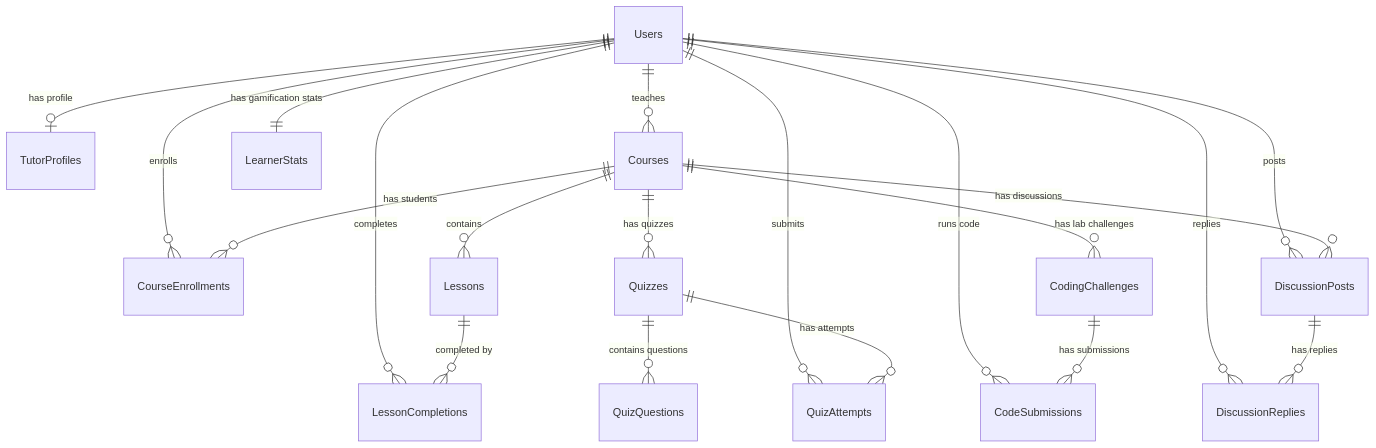
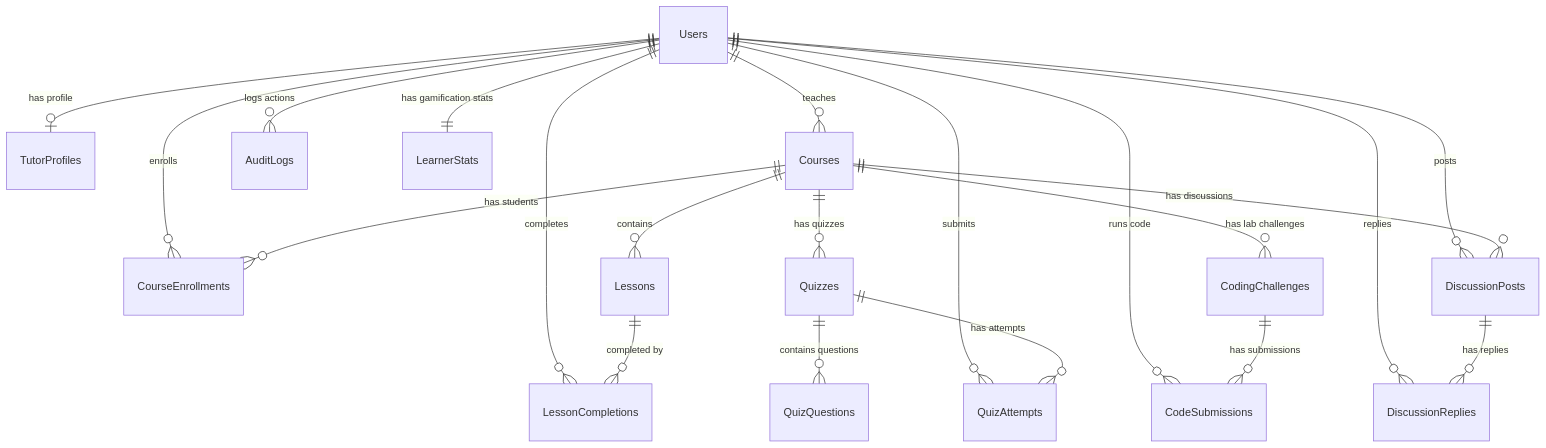
Before and after one commit to Elivius/CodeLab: the diagram in DATABASE_SCHEMA.md, drawn with Mermaid. The commit also changed other lines of this file and 1 other file, not shown here.

Commit message:
docs: update CONTRIBUTING & add DATABASE_SCHEMA

````diff
--- a/DATABASE_SCHEMA.md
+++ b/DATABASE_SCHEMA.md
@@ -27,24 +27,25 @@
 ```mermaid
 erDiagram
     Users ||--o| TutorProfiles : "has profile"
     Users ||--o{ Courses : "teaches"
     Users ||--o{ CourseEnrollments : "enrolls"
     Users ||--o{ LessonCompletions : "completes"
     Users ||--o{ QuizAttempts : "submits"
     Users ||--o{ CodeSubmissions : "runs code"
     Users ||--o{ DiscussionPosts : "posts"
     Users ||--o{ DiscussionReplies : "replies"
+    Users ||--o{ AuditLogs : "logs actions"
     Users ||--|| LearnerStats : "has gamification stats"
 
     Courses ||--o{ Lessons : "contains"
     Courses ||--o{ Quizzes : "has quizzes"
     Courses ||--o{ CodingChallenges : "has lab challenges"
     Courses ||--o{ CourseEnrollments : "has students"
     Courses ||--o{ DiscussionPosts : "has discussions"
 
     Lessons ||--o{ LessonCompletions : "completed by"
     Quizzes ||--o{ QuizQuestions : "contains questions"
     Quizzes ||--o{ QuizAttempts : "has attempts"
     CodingChallenges ||--o{ CodeSubmissions : "has submissions"
     DiscussionPosts ||--o{ DiscussionReplies : "has replies"
 ```
````
